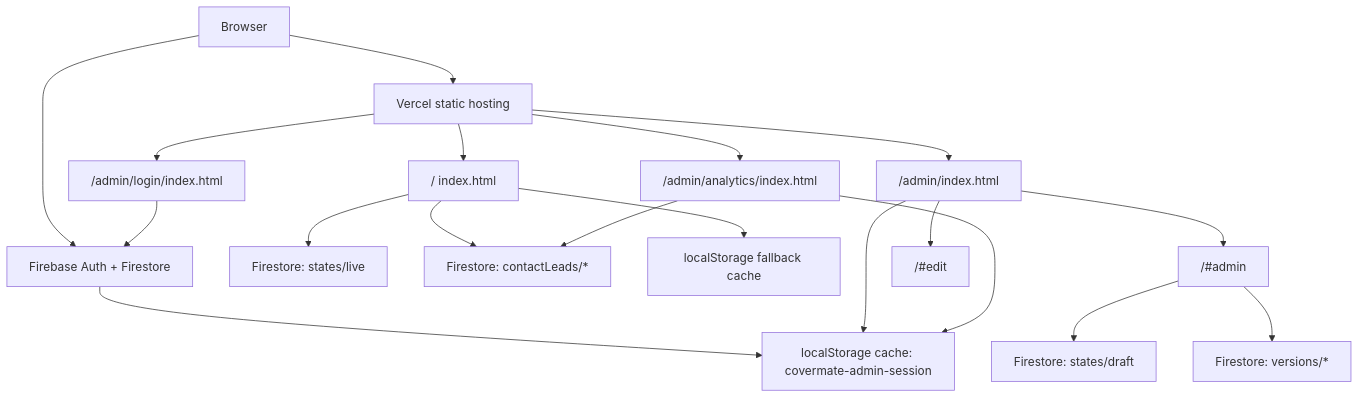
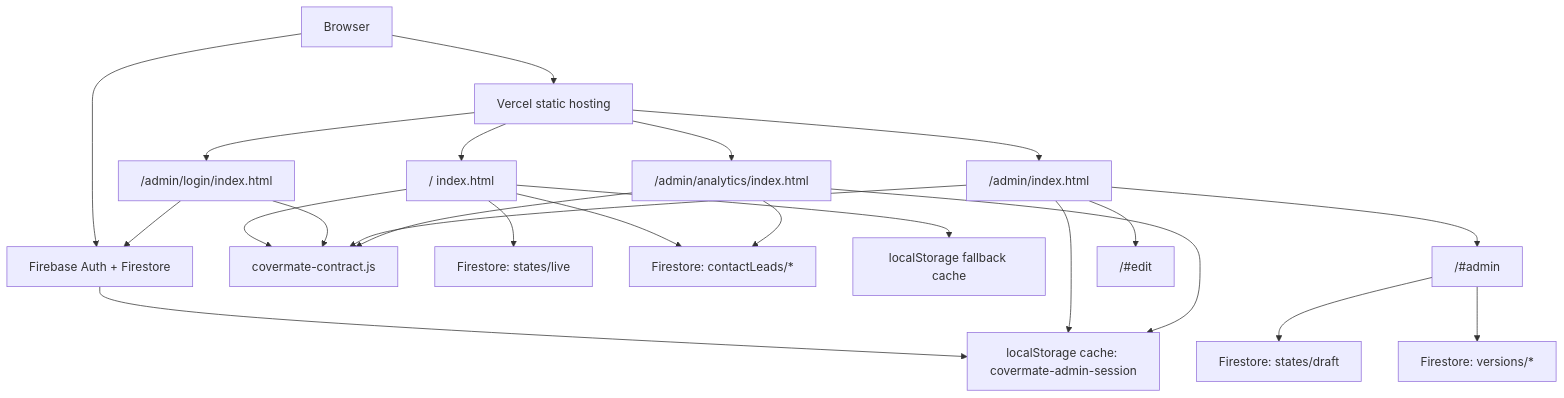
One commit to purichw/CoverMate changed the diagram in docs/ARCHITECTURE.md. Above: the diagram before and after it, drawn with Mermaid. The commit also changed other lines of this file and 9 other files, not shown here.

````diff
--- a/docs/ARCHITECTURE.md
+++ b/docs/ARCHITECTURE.md
@@ -32,21 +32,25 @@
 ```mermaid
 flowchart TD
   Browser["Browser"] --> Vercel["Vercel static hosting"]
   Vercel --> Public["/ index.html"]
   Vercel --> Login["/admin/login/index.html"]
   Vercel --> Launcher["/admin/index.html"]
   Vercel --> Analytics["/admin/analytics/index.html"]
   Browser --> Firebase["Firebase Auth + Firestore"]
+  Public --> Contract["covermate-contract.js"]
+  Login --> Contract
+  Launcher --> Contract
+  Analytics --> Contract
   Public --> Live["Firestore: states/live"]
   Public --> Leads["Firestore: contactLeads/*"]
   Public --> Store["localStorage fallback cache"]
   PublicAdmin --> Draft["Firestore: states/draft"]
   PublicAdmin --> Versions["Firestore: versions/*"]
   Login --> Firebase
   Firebase --> Session["localStorage cache: covermate-admin-session"]
   Launcher --> Session
   Analytics --> Session
   Analytics --> Leads
   Launcher --> PublicEdit["/#edit"]
   Launcher --> PublicAdmin["/#admin"]
 ```
````
